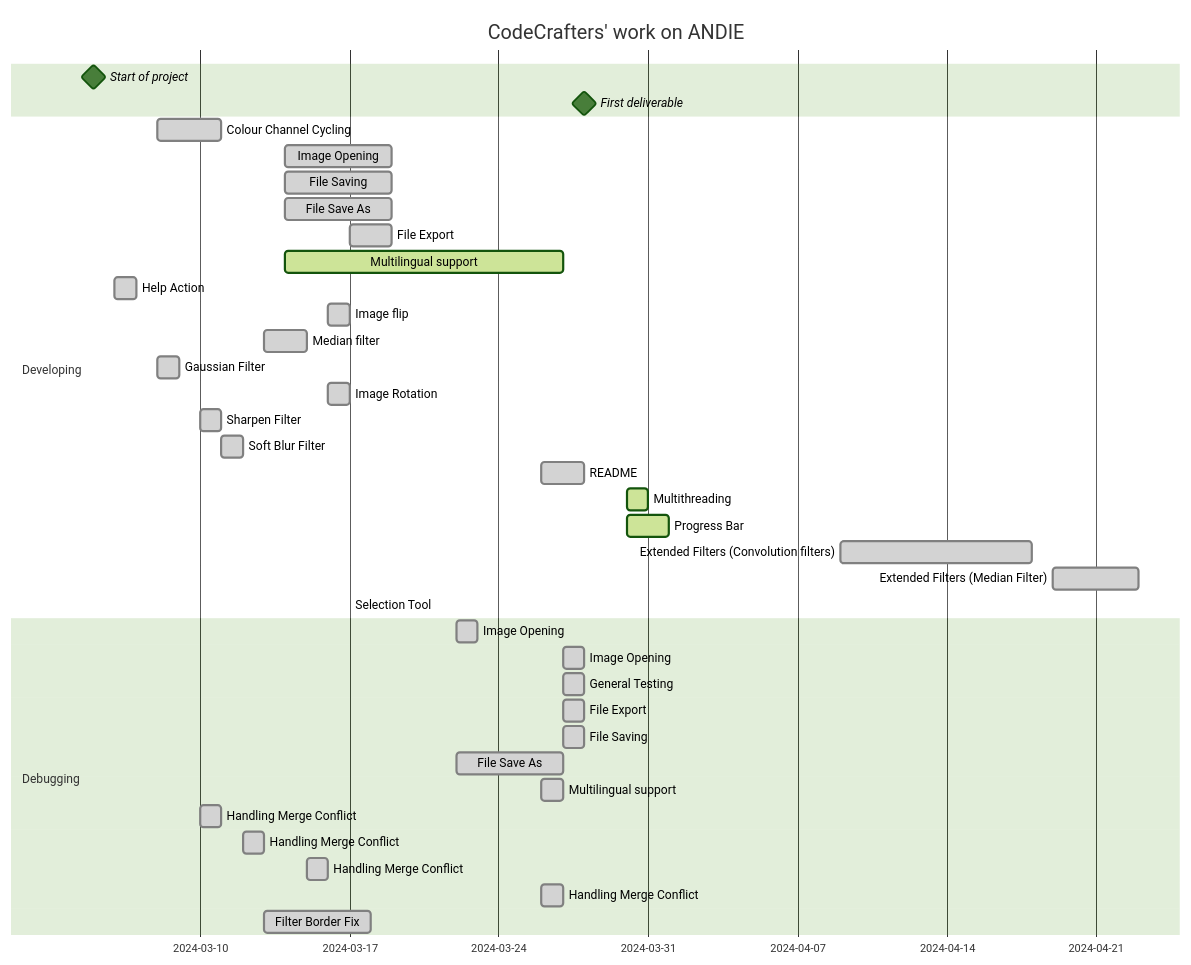
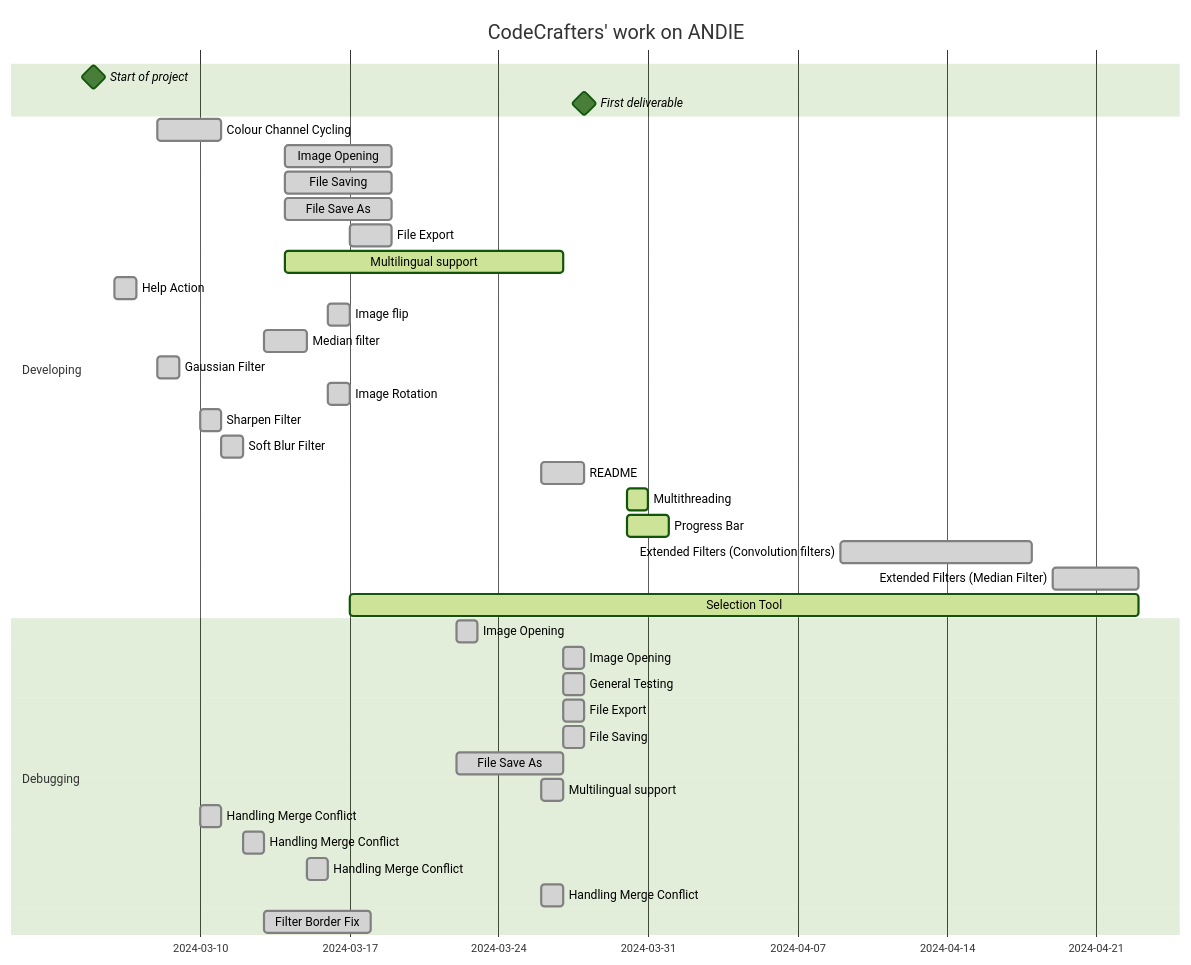
The diagram in README.md (greateden/ANDIE-CodeCrafters), drawn with Mermaid before and after one commit.

Commit message:
README updated

````diff
--- a/README.md
+++ b/README.md
@@ -131,51 +131,51 @@
 ```mermaid
 
 %% CodeCrafters' Gantt Chart for our work on ANDIE
 %%{init: {'theme':'forest'}}%%
         gantt
         title CodeCrafters' work on ANDIE
         dateFormat  DD-MM-YYYY
         Start of project: milestone, m1,05-03-2024, 
         First deliverable: milestone, m2, 28-03-2024,
 
         section Developing
             Colour Channel Cycling              :done, des1, 08-03-2024, 3d
             Image Opening                       :done,  des2, 14-03-2024, 19-03-2024
             File Saving                         :done,  des2, 14-03-2024, 19-03-2024
             File Save As                        :done,  des2, 14-03-2024, 19-03-2024
             File Export                         :done,  des2, 17-03-2024, 19-03-2024
             Multilingual support                :active, des2, 14-03-2024, 27-03-2024
             Help Action                         :done, des1, 06-03-2024, 07-03-2024
             Image flip                          :done, des1, 16-03-2024, 17-03-2024
             Median filter                       :done, des2, 13-03-2024, 15-03-2024
             Gaussian Filter               :done, 08-03-2024, 09-03-2024
             Image Rotation                :done, 16-03-2024, 17-03-2024
             Sharpen Filter                 :done, des2, 10-03-2024, 11-03-2024
             Soft Blur Filter               :done, des2, 11-03-2024, 12-03-2024
             README                         :done, des2, 26-03-2024, 28-03-2024
             Multithreading                :active, des2, 30-03-2024, 31-03-2024
             Progress Bar                   :active, des2, 30-03-2024, 01-04-2024
             Extended Filters (Convolution filters) :done, des2, 09-04-2024, 18-04-2024 
             Extended Filters (Median Filter) :done, des2, 19-04-2024, 23-04-2024
-            Selection Tool                 :active, des2, 17-03-2024, 23-04-2024 <!--Not the correct end date-->
+            Selection Tool                 :active, des2, 17-03-2024, 23-04-2024
 
 
 
 
         section Debugging
             Image Opening                      :done , 22-03-2024, 23-03-2024
             Image Opening                      :done , 27-03-2024, 28-03-2024
             General Testing                    :done, 27-03-2024, 28-03-2024
             File Export                         :done, 27-03-2024, 28-03-2024
             File Saving                         :done, 27-03-2024, 28-03-2024
             File Save As                        :done, 22-03-2024, 27-03-2024
             Multilingual support                :done, 26-03-2024, 27-03-2024
             Handling Merge Conflict             :done, 10-03-2024, 11-03-2024
             Handling Merge Conflict             :done, 12-03-2024, 13-03-2024
             Handling Merge Conflict             :done, 15-03-2024, 16-03-2024
             Handling Merge Conflict             :done, 26-03-2024, 27-03-2024
             Filter Border Fix                   :done, 13-03-2024, 18-03-2024
 
 
 
 ```
````
